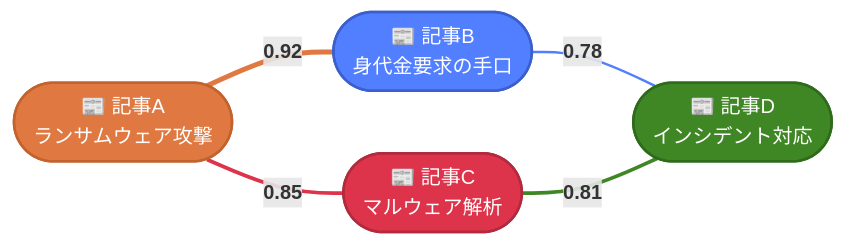
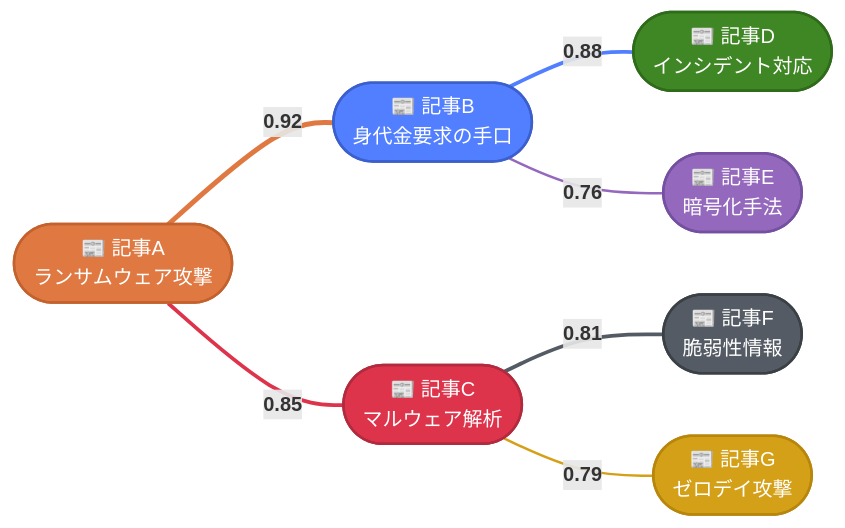
Before and after one commit to raihalea/slide: the fourth of 5 diagrams in slides/s3_vectors/slides.md, drawn with Mermaid. The commit also changed other lines of this file, not shown here.

````diff
--- a/slides/s3_vectors/slides.md
+++ b/slides/s3_vectors/slides.md
@@ -209,17 +217,24 @@
-```mermaid {scale: 0.85}
+```mermaid {scale: 0.75}
 graph LR
     A([📰 記事A<br/>ランサムウェア攻撃]):::node1 ---|<b>0.92</b>| B([📰 記事B<br/>身代金要求の手口]):::node2
     A ---|<b>0.85</b>| C([📰 記事C<br/>マルウェア解析]):::node3
-    B ---|<b>0.78</b>| D([📰 記事D<br/>インシデント対応]):::node4
-    C ---|<b>0.81</b>| D
+    B ---|<b>0.88</b>| D([📰 記事D<br/>インシデント対応]):::node4
+    B ---|<b>0.76</b>| E([📰 記事E<br/>暗号化手法]):::node5
+    C ---|<b>0.81</b>| F([📰 記事F<br/>脆弱性情報]):::node6
+    C ---|<b>0.79</b>| G([📰 記事G<br/>ゼロデイ攻撃]):::node7
 
     classDef node1 fill:#E07941,stroke:#C4622E,color:#fff,stroke-width:2px
     classDef node2 fill:#527FFF,stroke:#3B5FCC,color:#fff,stroke-width:2px
     classDef node3 fill:#DD344C,stroke:#B22A3D,color:#fff,stroke-width:2px
     classDef node4 fill:#3F8624,stroke:#2E6B1A,color:#fff,stroke-width:2px
+    classDef node5 fill:#9468BD,stroke:#7550A0,color:#fff,stroke-width:2px
+    classDef node6 fill:#545B64,stroke:#3B4045,color:#fff,stroke-width:2px
+    classDef node7 fill:#D4A017,stroke:#B8860B,color:#fff,stroke-width:2px
 
     linkStyle 0 stroke:#E07941,stroke-width:4px
     linkStyle 1 stroke:#DD344C,stroke-width:3px
-    linkStyle 2 stroke:#527FFF,stroke-width:2px
-    linkStyle 3 stroke:#3F8624,stroke-width:3px
+    linkStyle 2 stroke:#527FFF,stroke-width:3px
+    linkStyle 3 stroke:#9468BD,stroke-width:2px
+    linkStyle 4 stroke:#545B64,stroke-width:3px
+    linkStyle 5 stroke:#D4A017,stroke-width:2px
 ```
````
